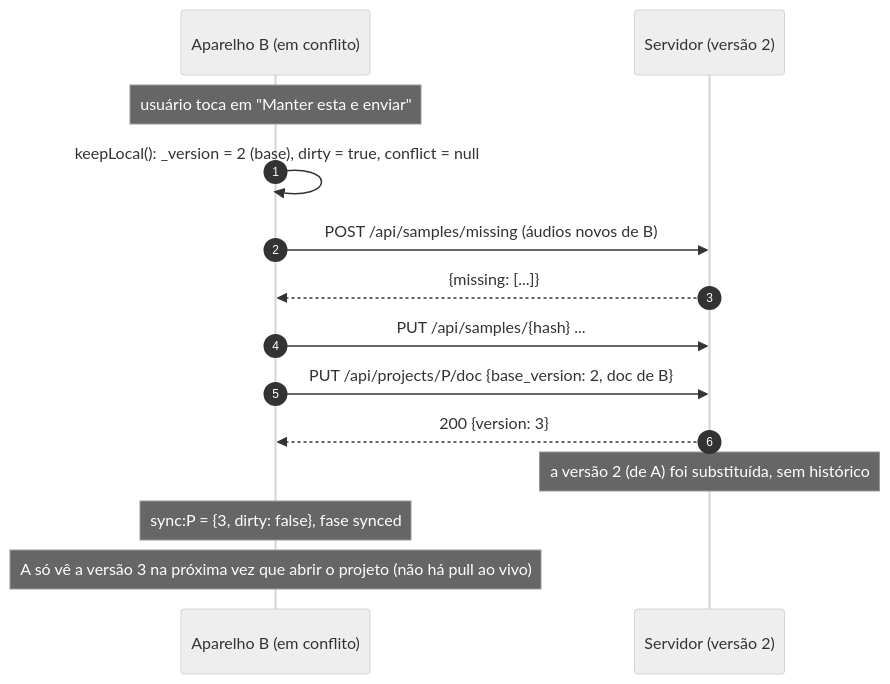
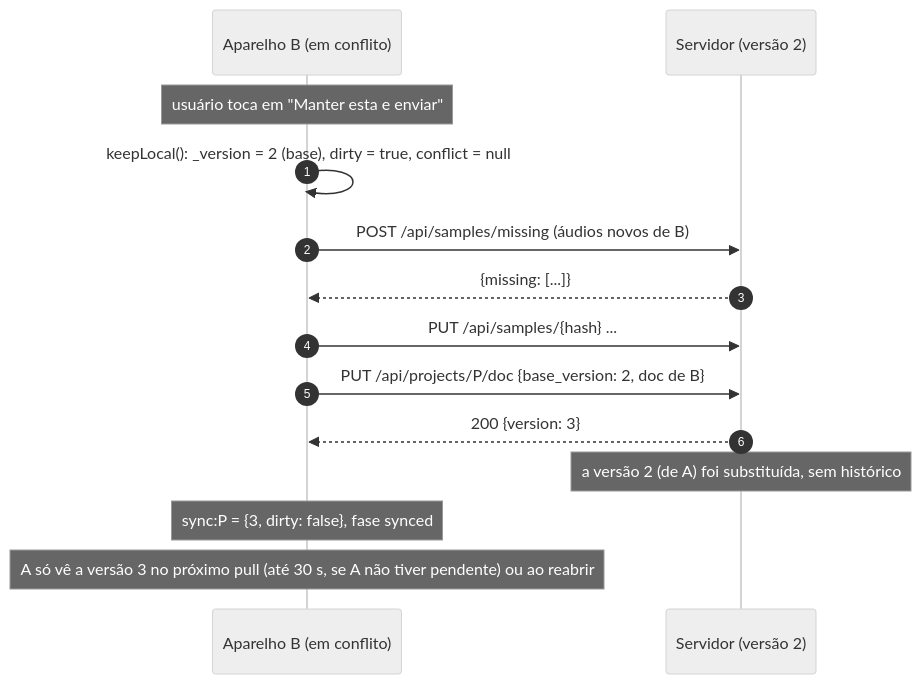
The eighth of 8 diagrams in docs/dev/12-sincronizacao.md (JoaoHenriqueBarbosa/jopendaw), drawn with Mermaid (neutral theme) before and after one commit. The commit also changed other lines of this file and 37 other files, not shown here.

````diff
--- a/docs/dev/12-sincronizacao.md
+++ b/docs/dev/12-sincronizacao.md
@@ -251,17 +320,17 @@
 ```mermaid
 sequenceDiagram
     autonumber
     participant B as Aparelho B (em conflito)
     participant S as Servidor (versão 2)
 
     Note over B: usuário toca em "Manter esta e enviar"
     B->>B: keepLocal(): _version = 2 (base), dirty = true, conflict = null
     B->>S: POST /api/samples/missing (áudios novos de B)
     S-->>B: {missing: [...]}
     B->>S: PUT /api/samples/{hash} ...
     B->>S: PUT /api/projects/P/doc {base_version: 2, doc de B}
     S-->>B: 200 {version: 3}
     Note over S: a versão 2 (de A) foi substituída, sem histórico
     Note over B: sync:P = {3, dirty: false}, fase synced
-    Note over B: A só vê a versão 3 na próxima vez que abrir o projeto (não há pull ao vivo)
+    Note over B: A só vê a versão 3 no próximo pull (até 30 s, se A não tiver pendente) ou ao reabrir
 ```
````
